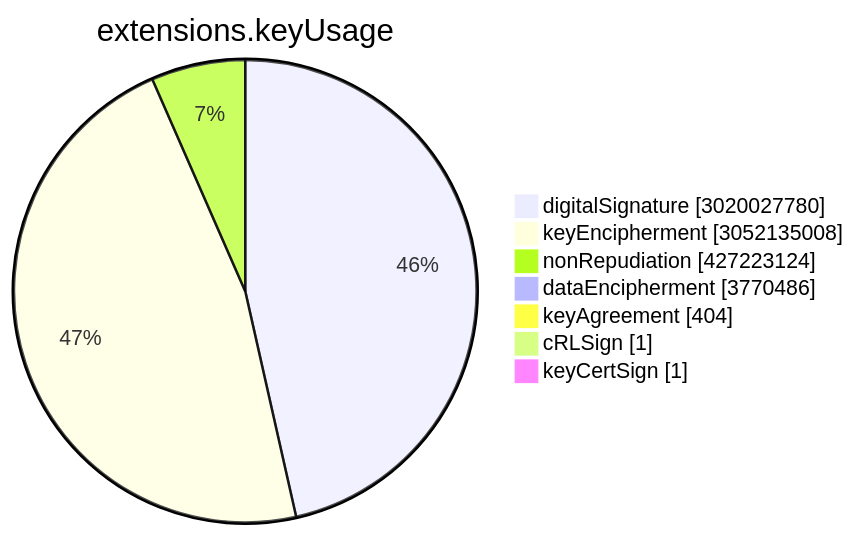
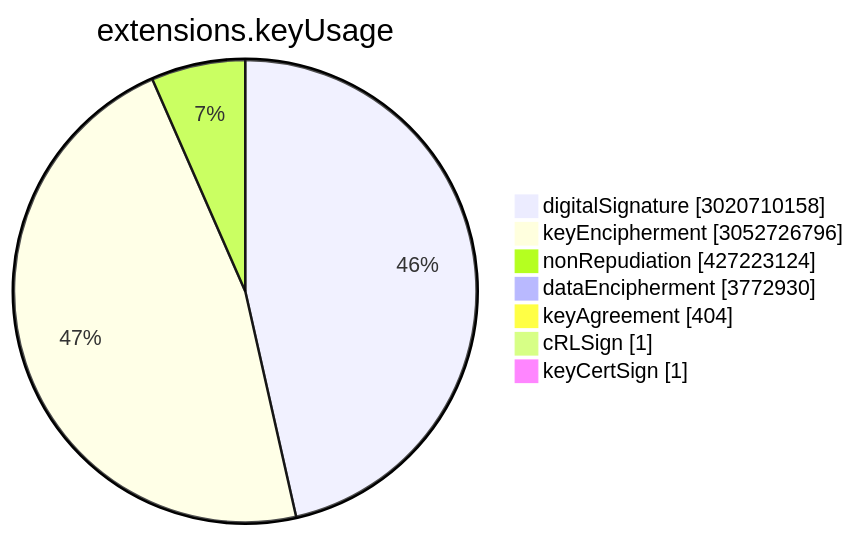
One commit to christiankrug/ctmonitor_visualization changed the sixth of 15 diagrams in TOTAL/README.md. Above: the diagram before and after it, drawn with Mermaid. The commit also changed other lines of this file, not shown here.

````diff
--- a/TOTAL/README.md
+++ b/TOTAL/README.md
@@ -3077,11 +3077,11 @@
 ```mermaid
 pie showData
 title extensions.keyUsage
-"digitalSignature" :3020027780
-"keyEncipherment" :3052135008
+"digitalSignature" :3020710158
+"keyEncipherment" :3052726796
 "nonRepudiation" :427223124
-"dataEncipherment" :3770486
+"dataEncipherment" :3772930
 "keyAgreement" :404
 "cRLSign" :1
 "keyCertSign" :1
 ```
````
